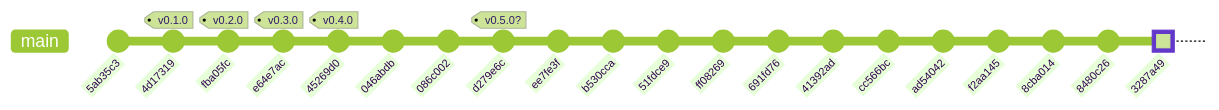
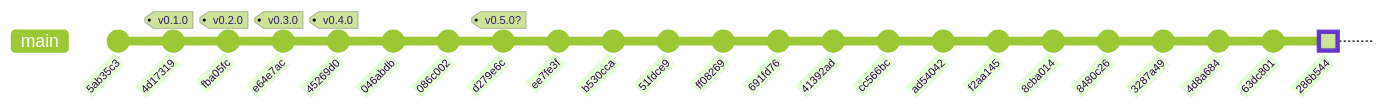
The second of 4 diagrams in docs/arvore.md (x-force-42/mmb-core), drawn with Mermaid (forest theme) before and after one commit. The commit also changed other lines of this file and 2 other files, not shown here.

````diff
--- a/docs/arvore.md
+++ b/docs/arvore.md
@@ -102,23 +106,26 @@
 ```mermaid
 gitGraph
    commit id: "5ab35c3"
    commit id: "4d17319" tag: "v0.1.0"
    commit id: "fba05fc" tag: "v0.2.0"
    commit id: "e64e7ac" tag: "v0.3.0"
    commit id: "45269d0" tag: "v0.4.0"
    commit id: "046abdb"
    commit id: "086c002"
    commit id: "d279e6c" tag: "v0.5.0?"
    commit id: "ee7fe3f"
    commit id: "b530cca"
    commit id: "51fdce9"
    commit id: "ff08269"
    commit id: "691fd76"
    commit id: "41392ad"
    commit id: "cc566bc"
    commit id: "ad54042"
    commit id: "f2aa145"
    commit id: "8cba014"
    commit id: "8480c26"
-   commit id: "3287a49" type: HIGHLIGHT
+   commit id: "3287a49"
+   commit id: "4d8a684"
+   commit id: "63dc801"
+   commit id: "286b544" type: HIGHLIGHT
 ```
````
